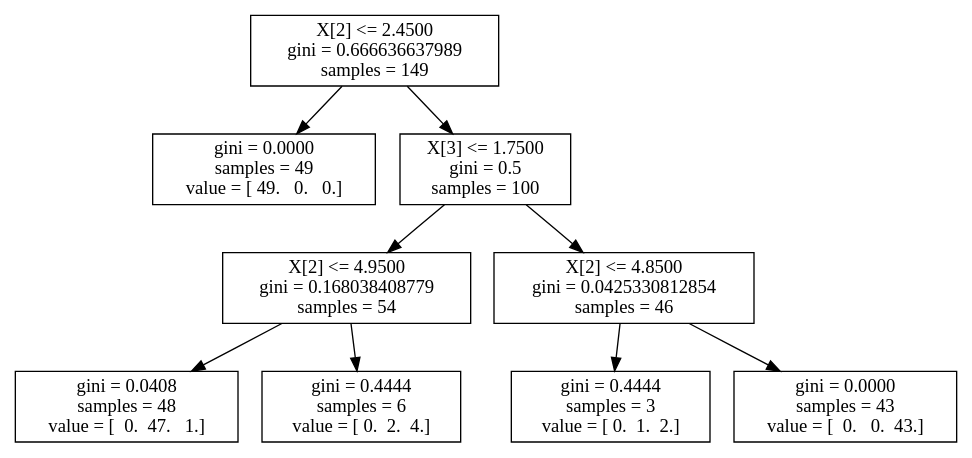
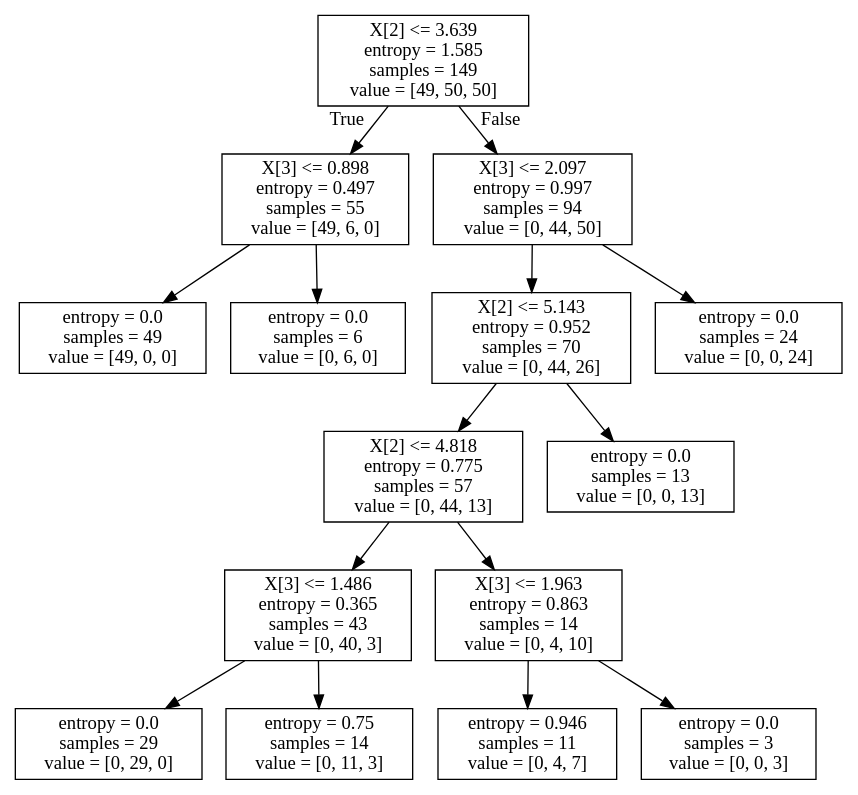
Before and after one commit to tangledpuzzle/Feat-Fly-Bark-Production: the diagram in example-data-science-notebook/iris_dtc.dot, drawn with Graphviz. The commit also changed 1 other file, not shown here.

```diff
--- a/example-data-science-notebook/iris_dtc.dot
+++ b/example-data-science-notebook/iris_dtc.dot
@@ -1,19 +1,32 @@
 digraph Tree {
-0 [label="X[2] <= 2.4500\ngini = 0.666636637989\nsamples = 149", shape="box"] ;
-1 [label="gini = 0.0000\nsamples = 49\nvalue = [ 49.   0.   0.]", shape="box"] ;
-0 -> 1 ;
-2 [label="X[3] <= 1.7500\ngini = 0.5\nsamples = 100", shape="box"] ;
-0 -> 2 ;
-3 [label="X[2] <= 4.9500\ngini = 0.168038408779\nsamples = 54", shape="box"] ;
-2 -> 3 ;
-4 [label="gini = 0.0408\nsamples = 48\nvalue = [  0.  47.   1.]", shape="box"] ;
-3 -> 4 ;
-5 [label="gini = 0.4444\nsamples = 6\nvalue = [ 0.  2.  4.]", shape="box"] ;
-3 -> 5 ;
-6 [label="X[2] <= 4.8500\ngini = 0.0425330812854\nsamples = 46", shape="box"] ;
-2 -> 6 ;
-7 [label="gini = 0.4444\nsamples = 3\nvalue = [ 0.  1.  2.]", shape="box"] ;
+node [shape=box] ;
+0 [label="X[2] <= 3.639\nentropy = 1.585\nsamples = 149\nvalue = [49, 50, 50]"] ;
+1 [label="X[3] <= 0.898\nentropy = 0.497\nsamples = 55\nvalue = [49, 6, 0]"] ;
+0 -> 1 [labeldistance=2.5, labelangle=45, headlabel="True"] ;
+2 [label="entropy = 0.0\nsamples = 49\nvalue = [49, 0, 0]"] ;
+1 -> 2 ;
+3 [label="entropy = 0.0\nsamples = 6\nvalue = [0, 6, 0]"] ;
+1 -> 3 ;
+4 [label="X[3] <= 2.097\nentropy = 0.997\nsamples = 94\nvalue = [0, 44, 50]"] ;
+0 -> 4 [labeldistance=2.5, labelangle=-45, headlabel="False"] ;
+5 [label="X[2] <= 5.143\nentropy = 0.952\nsamples = 70\nvalue = [0, 44, 26]"] ;
+4 -> 5 ;
+6 [label="X[2] <= 4.818\nentropy = 0.775\nsamples = 57\nvalue = [0, 44, 13]"] ;
+5 -> 6 ;
+7 [label="X[3] <= 1.486\nentropy = 0.365\nsamples = 43\nvalue = [0, 40, 3]"] ;
 6 -> 7 ;
-8 [label="gini = 0.0000\nsamples = 43\nvalue = [  0.   0.  43.]", shape="box"] ;
-6 -> 8 ;
+8 [label="entropy = 0.0\nsamples = 29\nvalue = [0, 29, 0]"] ;
+7 -> 8 ;
+9 [label="entropy = 0.75\nsamples = 14\nvalue = [0, 11, 3]"] ;
+7 -> 9 ;
+10 [label="X[3] <= 1.963\nentropy = 0.863\nsamples = 14\nvalue = [0, 4, 10]"] ;
+6 -> 10 ;
+11 [label="entropy = 0.946\nsamples = 11\nvalue = [0, 4, 7]"] ;
+10 -> 11 ;
+12 [label="entropy = 0.0\nsamples = 3\nvalue = [0, 0, 3]"] ;
+10 -> 12 ;
+13 [label="entropy = 0.0\nsamples = 13\nvalue = [0, 0, 13]"] ;
+5 -> 13 ;
+14 [label="entropy = 0.0\nsamples = 24\nvalue = [0, 0, 24]"] ;
+4 -> 14 ;
 }
```
